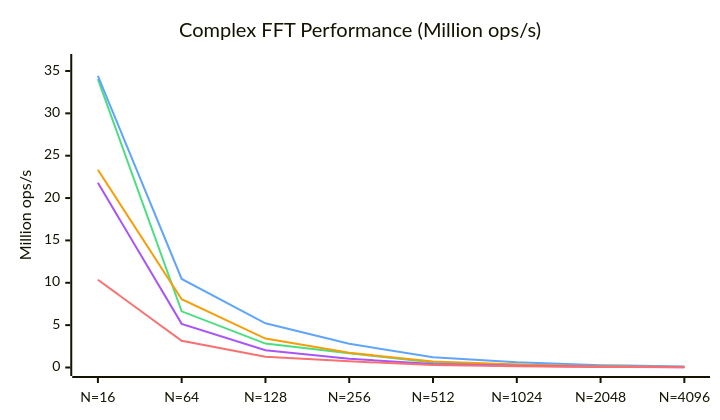
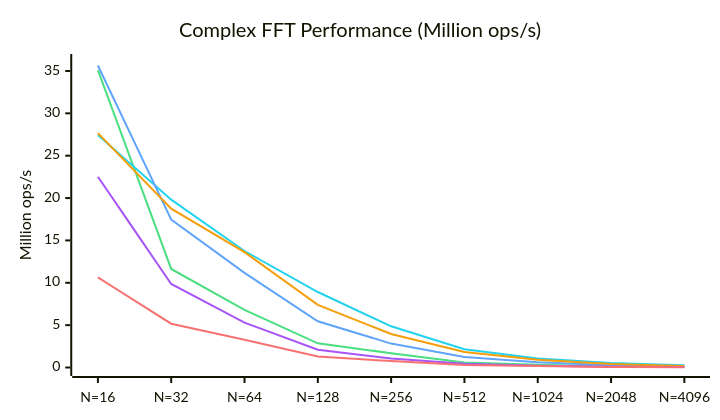
One commit to EmNudge/wat-fft changed the first of 2 diagrams in README.md. Above: the diagram before and after it, drawn with Mermaid. The commit also changed other lines of this file and 20 other files, not shown here.

````diff
--- a/README.md
+++ b/README.md
@@ -22,20 +27,21 @@
 ```mermaid
 ---
 config:
     xyChart:
         width: 700
         height: 400
     themeVariables:
         xyChart:
-            plotColorPalette: "#4ade80, #60a5fa, #f59e0b, #a855f7, #f87171"
+            plotColorPalette: "#4ade80, #22d3ee, #60a5fa, #f59e0b, #a855f7, #f87171"
 ---
 xychart-beta
     title "Complex FFT Performance (Million ops/s)"
-    x-axis [N=16, N=64, N=128, N=256, N=512, N=1024, N=2048, N=4096]
+    x-axis [N=16, N=32, N=64, N=128, N=256, N=512, N=1024, N=2048, N=4096]
     y-axis "Million ops/s" 0 --> 36
-    line [34.04, 6.63, 2.82, 1.67, 0.579, 0.326, 0.118, 0.072]
-    line [34.42, 10.45, 5.22, 2.80, 1.22, 0.614, 0.270, 0.132]
-    line [23.34, 8.06, 3.41, 1.74, 0.695, 0.348, 0.148, 0.073]
-    line [21.80, 5.15, 2.04, 1.03, 0.419, 0.210, 0.088, 0.044]
-    line [10.36, 3.15, 1.27, 0.734, 0.293, 0.161, 0.066, 0.036]
+    line [35.11, 11.63, 6.80, 2.85, 1.69, 0.586, 0.330, 0.124, 0.073]
+    line [27.44, 19.81, 13.75, 8.91, 4.86, 2.15, 1.05, 0.538, 0.251]
+    line [35.65, 17.46, 11.17, 5.45, 2.82, 1.24, 0.620, 0.273, 0.133]
+    line [27.66, 18.75, 13.61, 7.39, 3.95, 1.83, 0.913, 0.404, 0.188]
+    line [22.52, 9.86, 5.30, 2.10, 1.06, 0.429, 0.216, 0.090, 0.045]
+    line [10.64, 5.17, 3.27, 1.30, 0.758, 0.299, 0.168, 0.067, 0.037]
 ```
````
